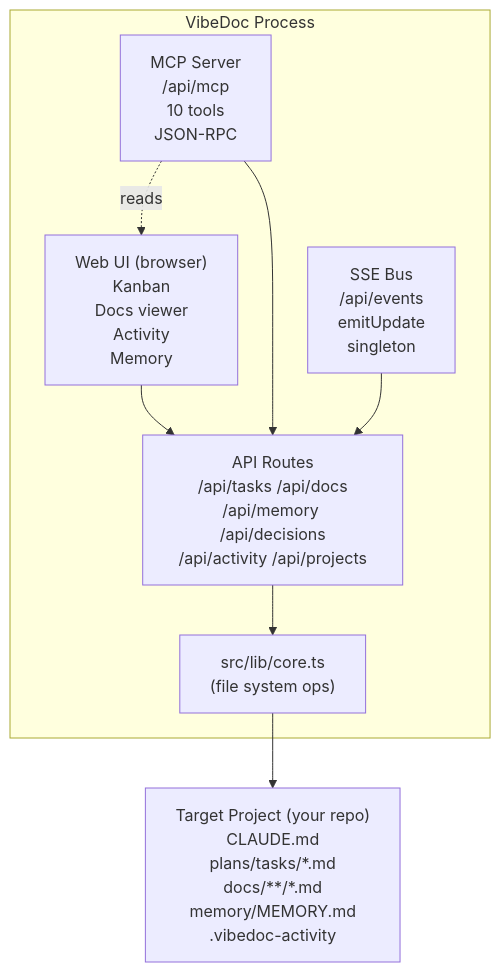
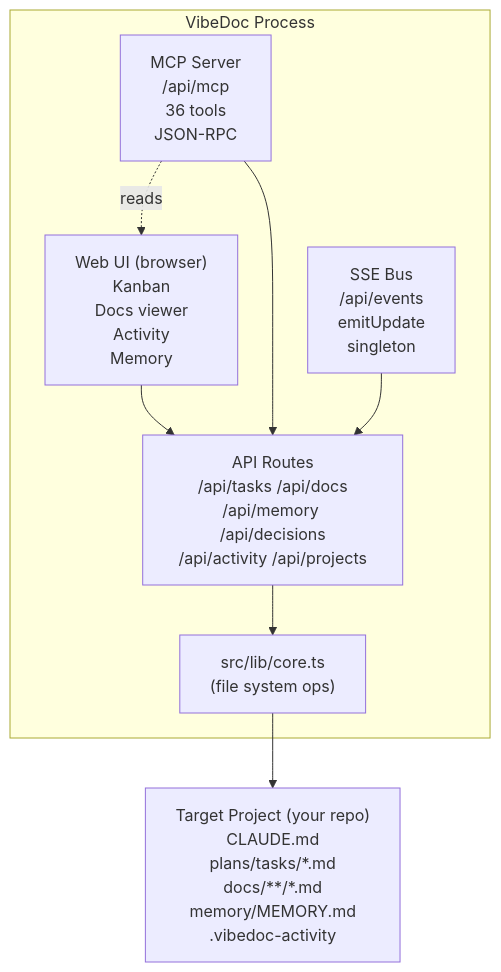
Before and after one commit to quanghoangf/vibedoc: the diagram in docs/architecture/01-overview/DOMAIN_MAP.md, drawn with Mermaid. The commit also changed 5 other files, not shown here.

````diff
--- a/docs/architecture/01-overview/DOMAIN_MAP.md
+++ b/docs/architecture/01-overview/DOMAIN_MAP.md
@@ -6,22 +6,22 @@
 ```mermaid
 graph TB
     subgraph VibeDoc["VibeDoc Process"]
         WebUI["Web UI (browser)<br/>Kanban<br/>Docs viewer<br/>Activity<br/>Memory"]
-        MCP["MCP Server<br/>/api/mcp<br/>10 tools<br/>JSON-RPC"]
+        MCP["MCP Server<br/>/api/mcp<br/>36 tools<br/>JSON-RPC"]
         SSE["SSE Bus<br/>/api/events<br/>emitUpdate<br/>singleton"]
 
         API["API Routes<br/>/api/tasks /api/docs<br/>/api/memory /api/decisions<br/>/api/activity /api/projects"]
 
         Core["src/lib/core.ts<br/>(file system ops)"]
 
         MCP -.->|reads| WebUI
         WebUI --> API
         MCP --> API
         SSE --> API
         API --> Core
     end
 
     Project["Target Project (your repo)<br/>CLAUDE.md<br/>plans/tasks/*.md<br/>docs/**/*.md<br/>memory/MEMORY.md<br/>.vibedoc-activity"]
 
     Core --> Project
 ```
````
